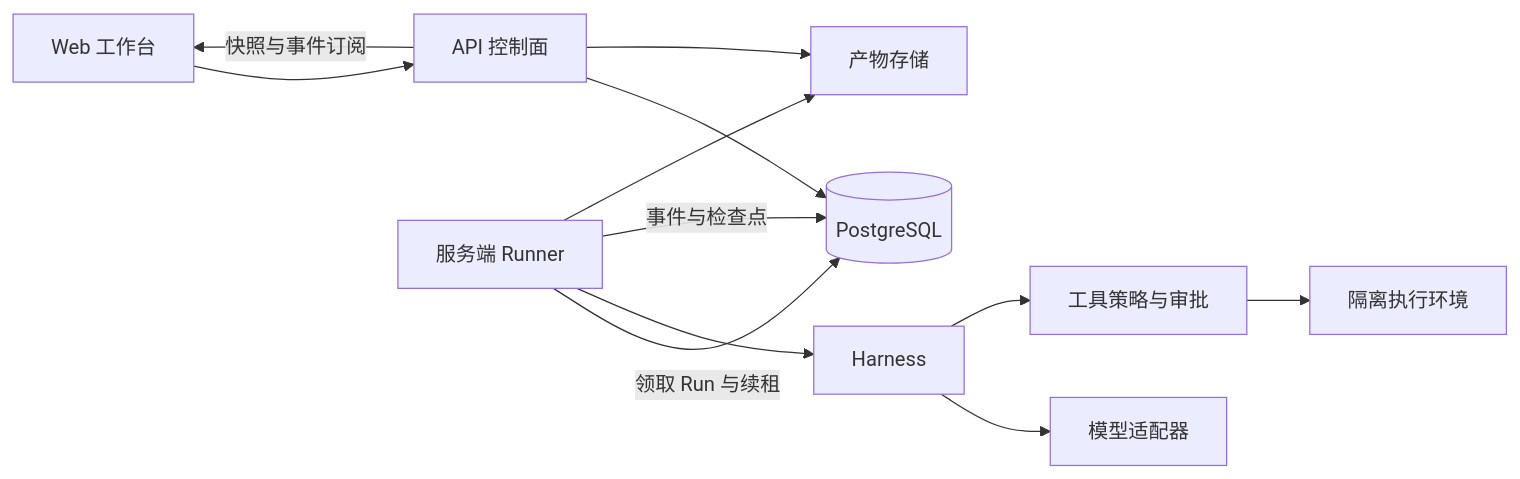
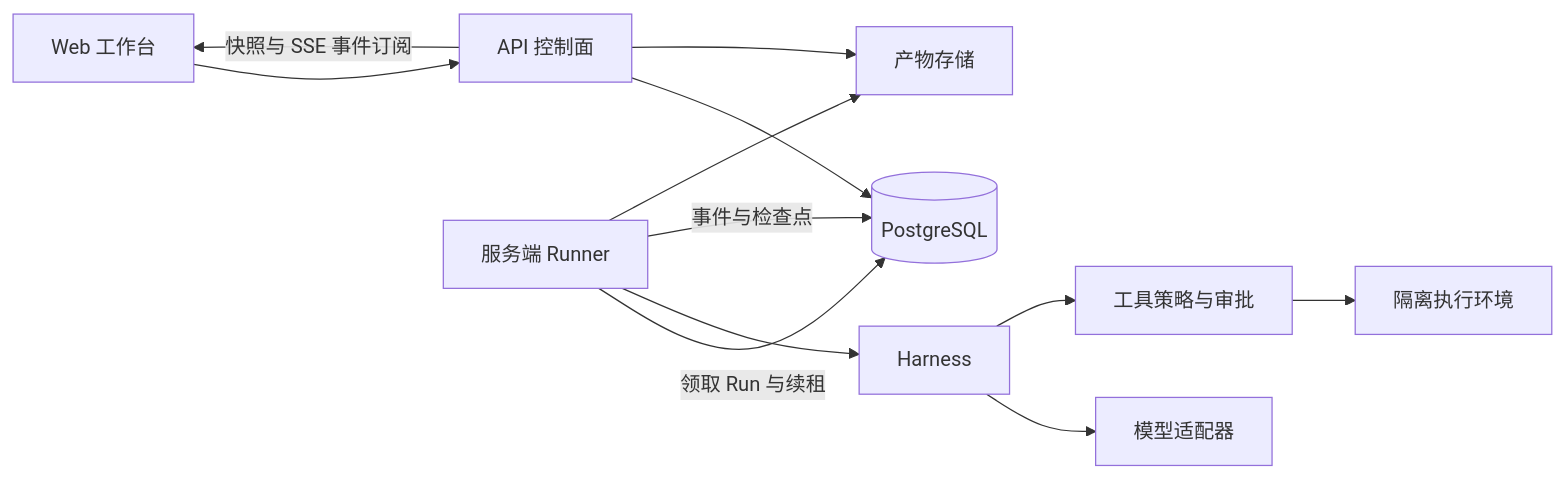
Before and after one commit to yupengsheng/agent-workbench: the diagram in docs/architecture/overview.md, drawn with Mermaid. The commit also changed other lines of this file and 6 other files, not shown here.

Commit message:
docs: define technical architecture and render diagram

````diff
--- a/docs/architecture/overview.md
+++ b/docs/architecture/overview.md
@@ -5,14 +5,14 @@
 ```mermaid
 flowchart LR
   Web[Web 工作台] --> API[API 控制面]
   API --> DB[(PostgreSQL)]
   Runner[服务端 Runner] -->|领取 Run 与续租| DB
   Runner --> Runtime[Harness]
   Runtime --> Model[模型适配器]
   Runtime --> Policy[工具策略与审批]
   Policy --> Sandbox[隔离执行环境]
   Runner -->|事件与检查点| DB
   Runner --> Artifacts[产物存储]
-  API -->|快照与事件订阅| Web
+  API -->|快照与 SSE 事件订阅| Web
   API --> Artifacts
 ```
````
